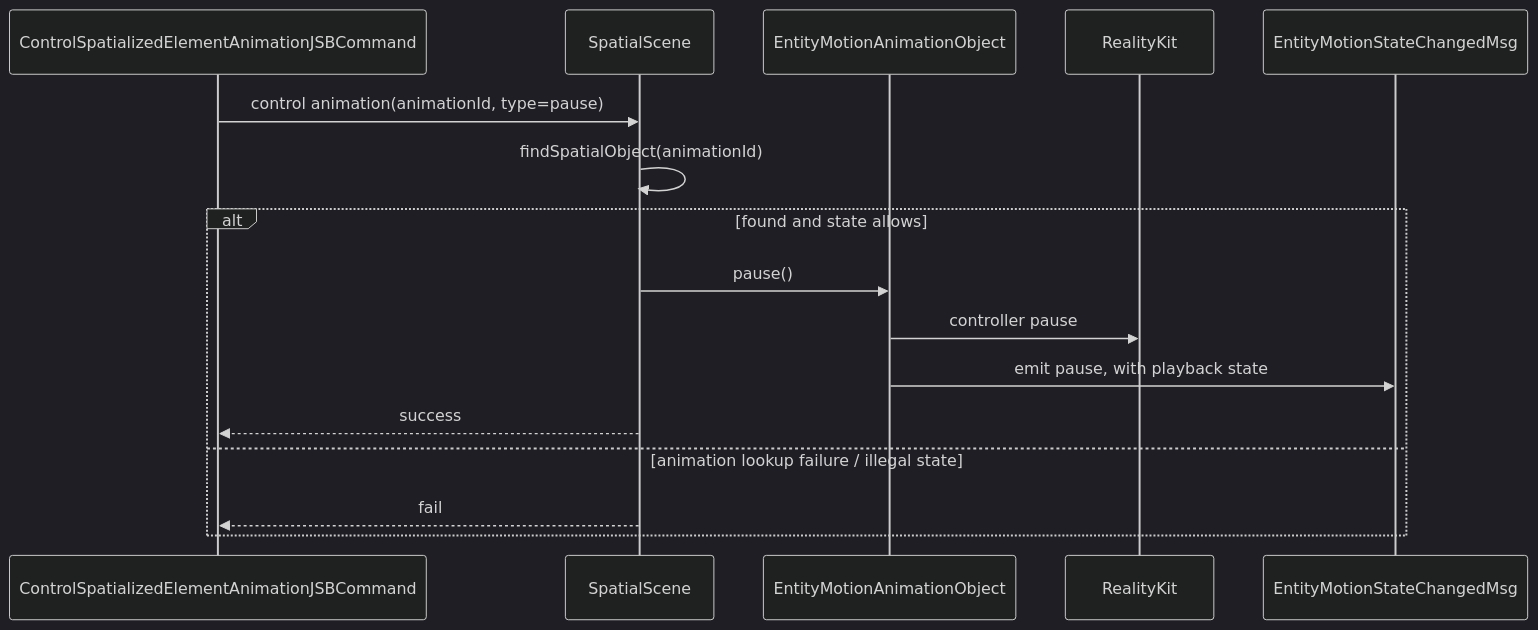
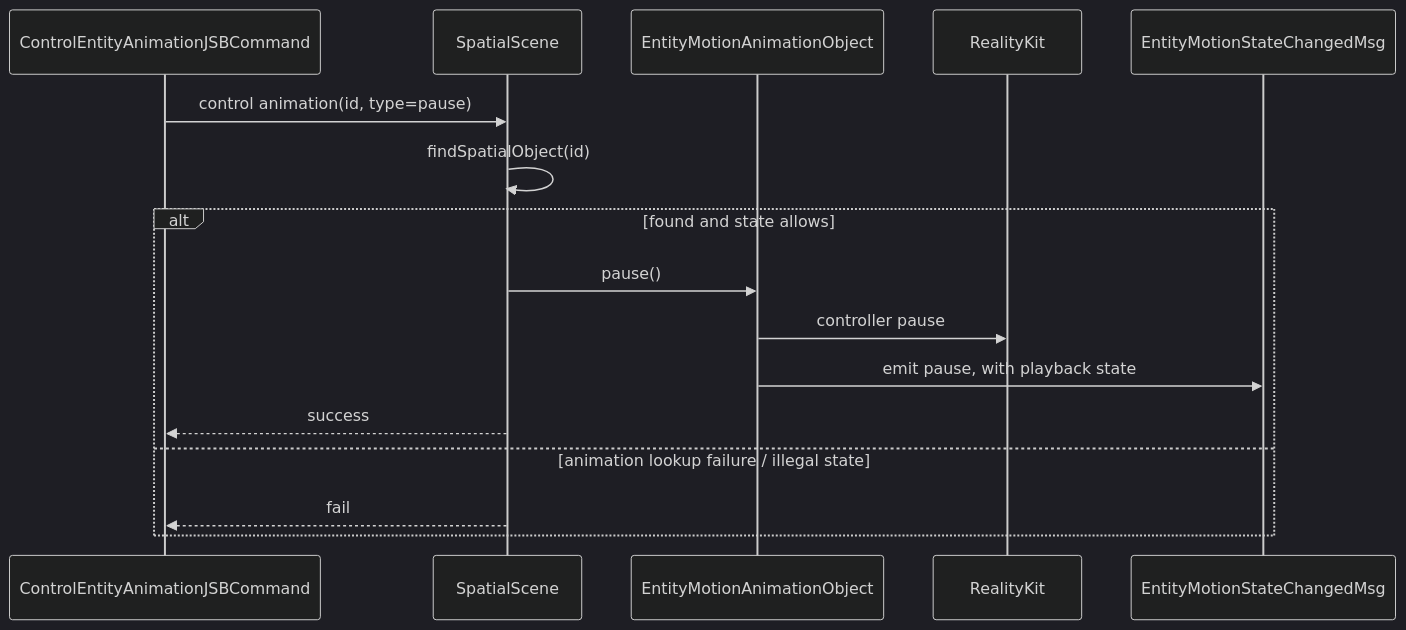
Diagram 12 of 14 in openspec/changes/redesign-entity-motion-api/design.md (webspatial/webspatial-sdk), drawn with Mermaid (dark theme) before and after one commit. The commit also changed other lines of this file and 7 other files, not shown here.

````diff
--- a/openspec/changes/redesign-entity-motion-api/design.md
+++ b/openspec/changes/redesign-entity-motion-api/design.md
@@ -1131,19 +1207,19 @@
 ```mermaid
 sequenceDiagram
-    participant JSB as ControlSpatializedElementAnimationJSBCommand
+    participant JSB as ControlEntityAnimationJSBCommand
     participant Scene as SpatialScene
     participant Obj as EntityMotionAnimationObject
     participant RK as RealityKit
     participant Event as EntityMotionStateChangedMsg
 
-    JSB->>Scene: control animation(animationId, type=pause)
-    Scene->>Scene: findSpatialObject(animationId)
+    JSB->>Scene: control animation(id, type=pause)
+    Scene->>Scene: findSpatialObject(id)
     alt found and state allows
         Scene->>Obj: pause()
         Obj->>RK: controller pause
         Obj->>Event: emit pause, with playback state
         Scene-->>JSB: success
     else animation lookup failure / illegal state
         Scene-->>JSB: fail
     end
 ```
````
